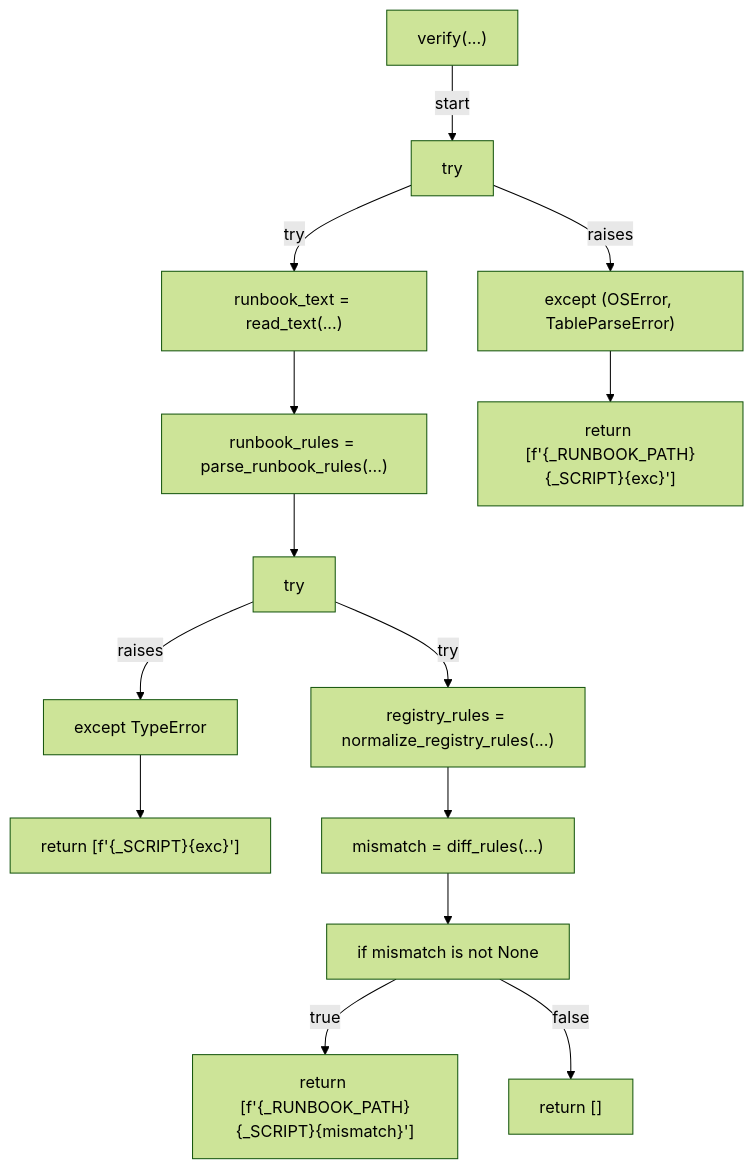
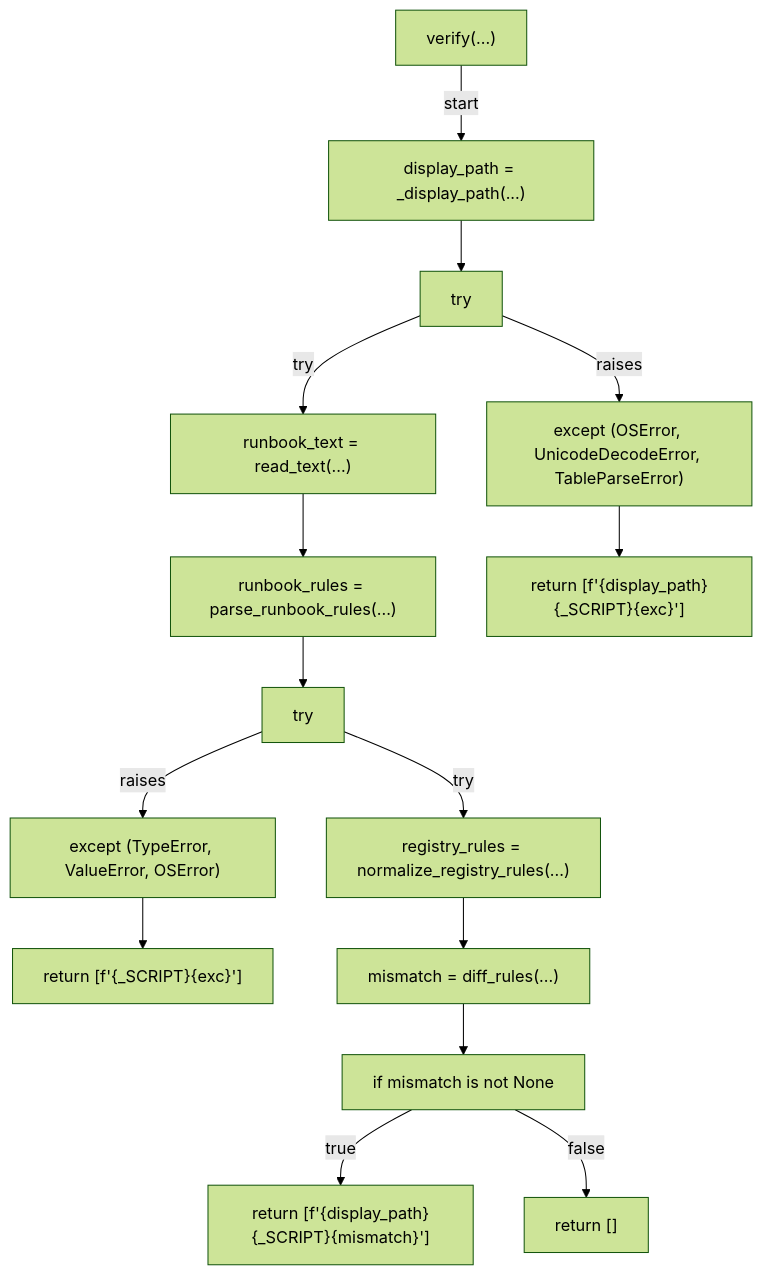
One commit to tvna/claude-md changed diagram 11 of 12 in docs/generated/scripts/ast/scan_routing_table_drift.md. Above: the diagram before and after it, drawn with Mermaid (forest theme). The commit also changed other lines of this file and 1 other file, not shown here.

First line of the commit message:
docs(generated): regenerate decision tree and workflow diagrams

````diff
--- a/docs/generated/scripts/ast/scan_routing_table_drift.md
+++ b/docs/generated/scripts/ast/scan_routing_table_drift.md
@@ -176,30 +219,32 @@
 ```mermaid
 flowchart TD
     N001["verify(...)"]
-    N002["try"]
-    N003["runbook_text = read_text(...)"]
-    N004["runbook_rules = parse_runbook_rules(...)"]
-    N005["except (OSError, TableParseError)"]
-    N006["return [f'<str>{_RUNBOOK_PATH}<str>{_SCRIPT}<str>{exc}']"]
-    N007["try"]
-    N008["registry_rules = normalize_registry_rules(...)"]
-    N009["except TypeError"]
-    N010["return [f'<str>{_SCRIPT}<str>{exc}']"]
-    N011["mismatch = diff_rules(...)"]
-    N012["if mismatch is not None"]
-    N013["return [f'<str>{_RUNBOOK_PATH}<str>{_SCRIPT}<str>{mismatch}']"]
-    N014["return []"]
+    N002["display_path = _display_path(...)"]
+    N003["try"]
+    N004["runbook_text = read_text(...)"]
+    N005["runbook_rules = parse_runbook_rules(...)"]
+    N006["except (OSError, UnicodeDecodeError, TableParseError)"]
+    N007["return [f'<str>{display_path}<str>{_SCRIPT}<str>{exc}']"]
+    N008["try"]
+    N009["registry_rules = normalize_registry_rules(...)"]
+    N010["except (TypeError, ValueError, OSError)"]
+    N011["return [f'<str>{_SCRIPT}<str>{exc}']"]
+    N012["mismatch = diff_rules(...)"]
+    N013["if mismatch is not None"]
+    N014["return [f'<str>{display_path}<str>{_SCRIPT}<str>{mismatch}']"]
+    N015["return []"]
     N001 -->|"start"| N002
-    N002 -->|"try"| N003
-    N003 --> N004
-    N002 -->|"raises"| N005
-    N005 --> N006
-    N004 --> N007
-    N007 -->|"try"| N008
-    N007 -->|"raises"| N009
-    N009 --> N010
-    N008 --> N011
-    N011 --> N012
-    N012 -->|"true"| N013
-    N012 -->|"false"| N014
+    N002 --> N003
+    N003 -->|"try"| N004
+    N004 --> N005
+    N003 -->|"raises"| N006
+    N006 --> N007
+    N005 --> N008
+    N008 -->|"try"| N009
+    N008 -->|"raises"| N010
+    N010 --> N011
+    N009 --> N012
+    N012 --> N013
+    N013 -->|"true"| N014
+    N013 -->|"false"| N015
 ```
````
